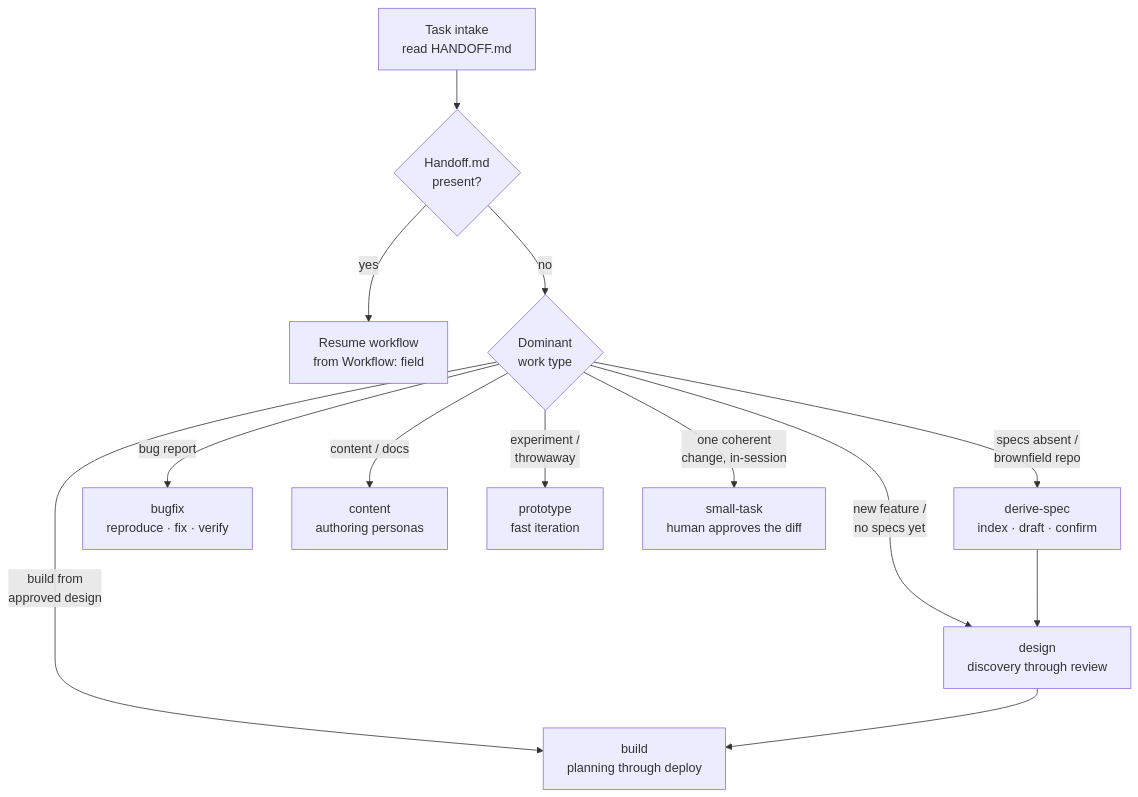
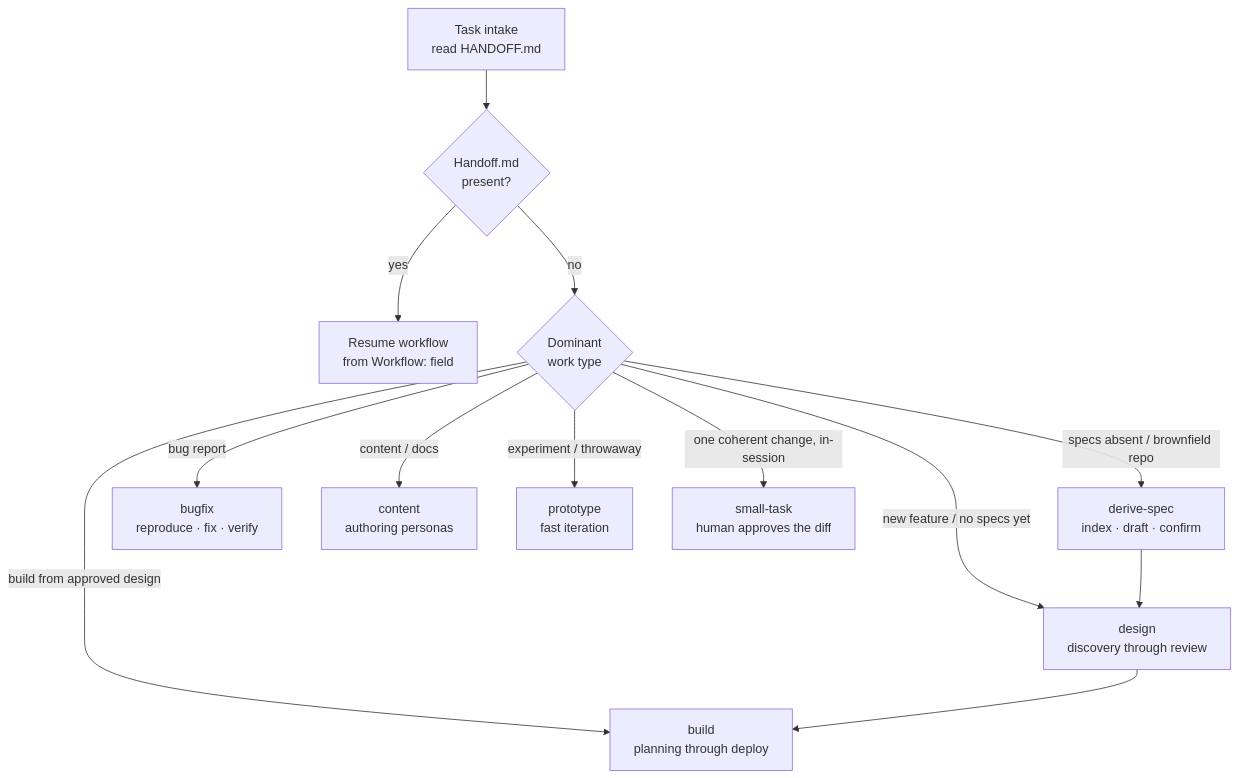
The first of 12 diagrams in context/workflows/README.md (Schmoiger/start-here), drawn with Mermaid before and after one commit. The commit also changed other lines of this file, not shown here.

First line of the commit message:
docs(workflows): complete per-workflow flow diagrams and agent notes

````diff
--- a/context/workflows/README.md
+++ b/context/workflows/README.md
@@ -30,28 +32,28 @@
 ```mermaid
 flowchart TD
     Start["`Task intake
 read HANDOFF.md`"] --> Handoff{"`Handoff.md
 present?`"}
     Handoff -- yes --> Resume["`Resume workflow
 from Workflow: field`"]
     Handoff -- no --> Kind{"`Dominant
 work type`"}
 
-    Kind -- "specs absent /\nbrownfield repo" --> Derive["`derive-spec
+    Kind -- "specs absent / brownfield repo" --> Derive["`derive-spec
 index · draft · confirm`"]
-    Kind -- "new feature /\nno specs yet" --> Design["`design
+    Kind -- "new feature / no specs yet" --> Design["`design
 discovery through review`"]
-    Kind -- "build from\napproved design" --> Build["`build
+    Kind -- "build from approved design" --> Build["`build
 planning through deploy`"]
     Kind -- "bug report" --> Bugfix["`bugfix
 reproduce · fix · verify`"]
     Kind -- "content / docs" --> Content["`content
 authoring personas`"]
-    Kind -- "experiment /\nthrowaway" --> Proto["`prototype
+    Kind -- "experiment / throwaway" --> Proto["`prototype
 fast iteration`"]
-    Kind -- "one coherent\nchange, in-session" --> Small["`small-task
+    Kind -- "one coherent change, in-session" --> Small["`small-task
 human approves the diff`"]
 
     Design --> Build
     Derive --> Design
 ```
````
